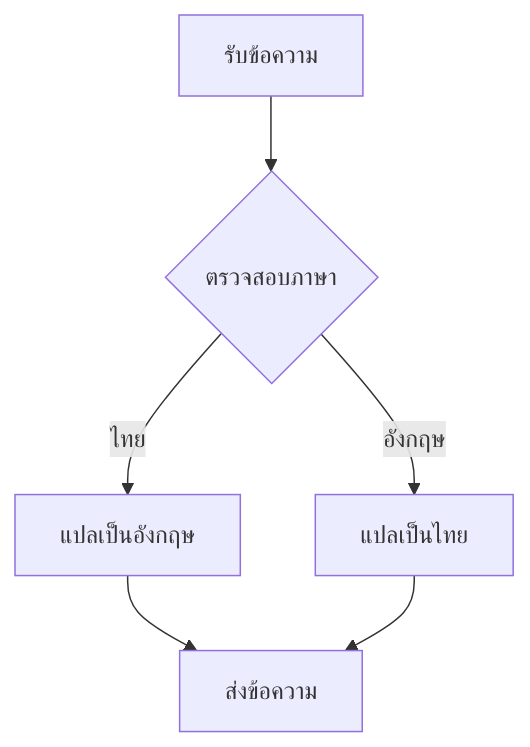
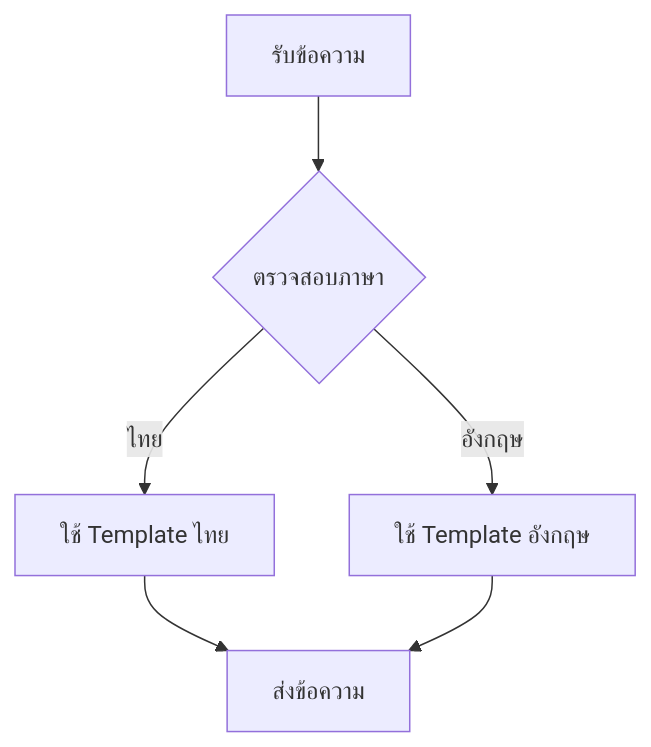
One commit to Phattarapong26/PowerAiChat_LLM changed the ninth of 20 diagrams in docs/diagrams.md. Above: the diagram before and after it, drawn with Mermaid. The commit also changed other lines of this file, not shown here.

````diff
--- a/docs/diagrams.md
+++ b/docs/diagrams.md
@@ -162,8 +172,8 @@
 ```mermaid
 graph TD
     A[รับข้อความ] --> B{ตรวจสอบภาษา}
-    B -->|ไทย| C[แปลเป็นอังกฤษ]
-    B -->|อังกฤษ| D[แปลเป็นไทย]
+    B -->|ไทย| C[ใช้ Template ไทย]
+    B -->|อังกฤษ| D[ใช้ Template อังกฤษ]
     C --> E[ส่งข้อความ]
     D --> E
 ```
````
